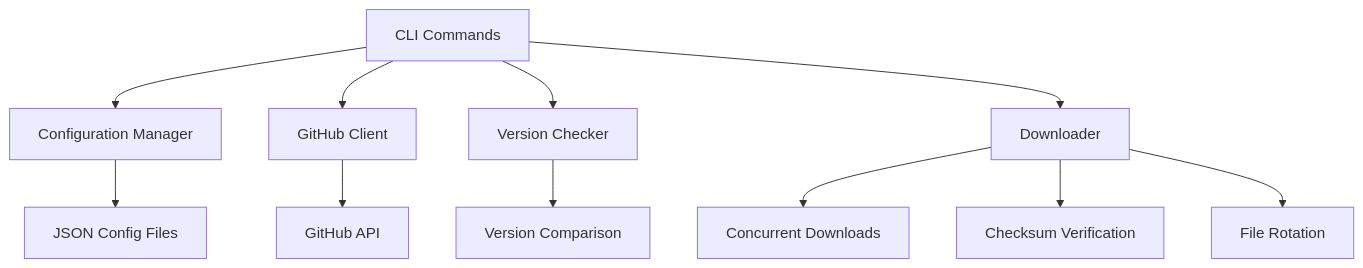
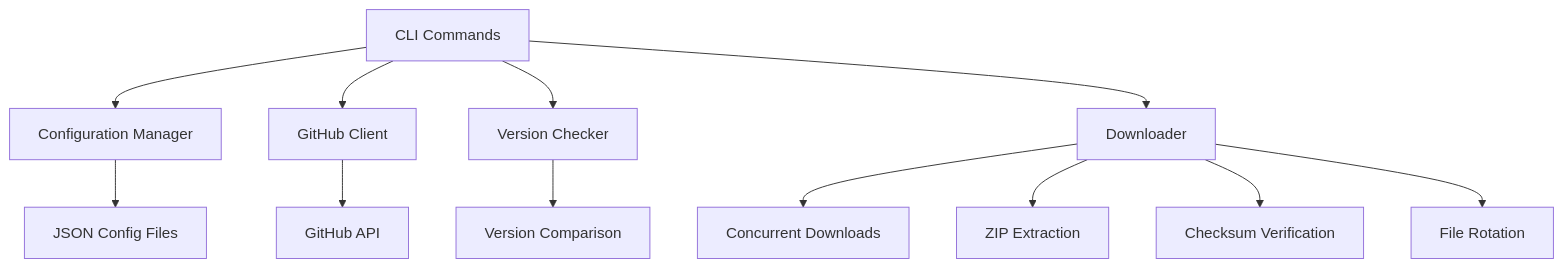
The diagram in docs/index.md (royw/appimage-updater), drawn with Mermaid before and after one commit. The commit also changed other lines of this file and 18 other files, not shown here.

First line of the commit message:
feat: comprehensive ZIP extraction support and documentation updates

````diff
--- a/docs/index.md
+++ b/docs/index.md
@@ -42,14 +43,15 @@
 ```mermaid
 graph TD
     A[CLI Commands] --> B[Configuration Manager]
     A --> C[GitHub Client]
     A --> D[Version Checker]
     A --> E[Downloader]
     
     B --> F[JSON Config Files]
     C --> G[GitHub API]
     D --> H[Version Comparison]
     E --> I[Concurrent Downloads]
-    E --> J[Checksum Verification]
-    E --> K[File Rotation]
+    E --> J[ZIP Extraction]
+    E --> K[Checksum Verification]
+    E --> L[File Rotation]
 ```
````
